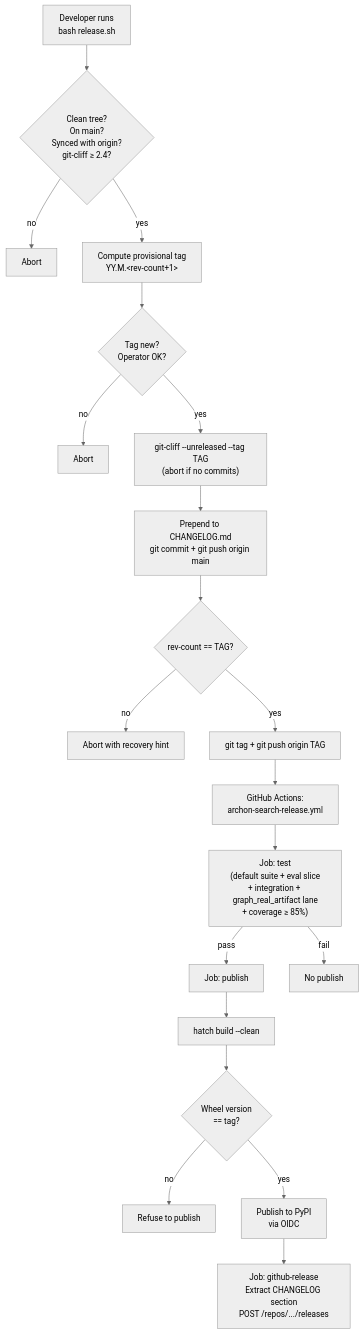
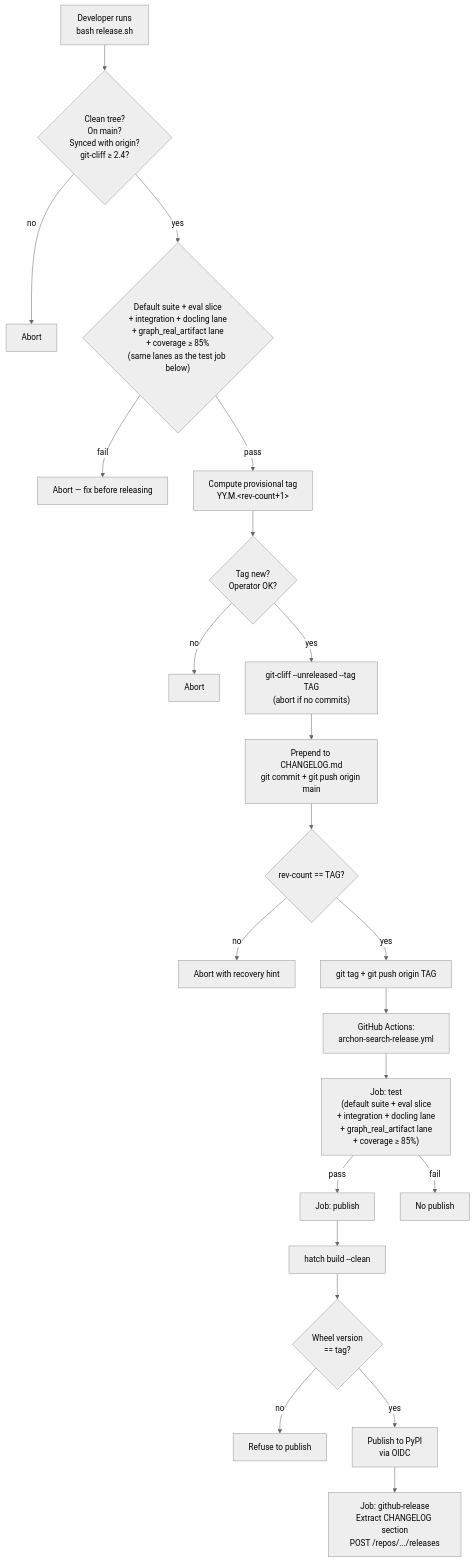
One commit to user538295/archon-search changed the diagram in Documentation/Architecture/510_release_and_environment_strategy.md. Above: the diagram before and after it, drawn with Mermaid (neutral theme). The commit also changed other lines of this file and 2 other files, not shown here.

Commit message:
build(release): run every release-workflow test lane before tagging
release.sh's pre-flight only ran the default `uv run pytest` suite, which
excludes the eval slice, integration suite, docling lane, and
graph_real_artifact lane by marker. archon-search-release.yml's `test` job
gates publish on all five plus a combined coverage >= 85% check, so a lane
broken only there could pass release.sh, get tagged and pushed, and fail
the release afterward — exactly what just happened with the docling lane.

Mirror that job step for step (same markers, same --cov-append/--no-cov
split, same non-vacuity checks against the JUnit output, same coverage
enforcement at the end) so a broken lane fails before the tag is created,
not after it's already on origin. Also fixes a preexisting doc/source drift
in 510_release_and_environment_strategy.md: the `test` job description and
flow diagram omitted the docling lane entirely even though the workflow has
run it for a while.

````diff
--- a/Documentation/Architecture/510_release_and_environment_strategy.md
+++ b/Documentation/Architecture/510_release_and_environment_strategy.md
@@ -93,22 +93,24 @@
 ```mermaid
 flowchart TD
     Dev["Developer runs<br/>bash release.sh"] --> Preflight{"Clean tree?<br/>On main?<br/>Synced with origin?<br/>git-cliff ≥ 2.4?"}
     Preflight -- no --> Fail1[Abort]
-    Preflight -- yes --> Compute["Compute provisional tag<br/>YY.M.&lt;rev-count+1&gt;"]
+    Preflight -- yes --> LocalLanes{"Default suite + eval slice<br/>+ integration + docling lane<br/>+ graph_real_artifact lane<br/>+ coverage ≥ 85%<br/>(same lanes as the test job below)"}
+    LocalLanes -- fail --> Fail1b[Abort — fix before releasing]
+    LocalLanes -- pass --> Compute["Compute provisional tag<br/>YY.M.&lt;rev-count+1&gt;"]
     Compute --> Confirm{Tag new?<br/>Operator OK?}
     Confirm -- no --> Fail2[Abort]
     Confirm -- yes --> Cliff["git-cliff --unreleased --tag TAG<br/>(abort if no commits)"]
     Cliff --> Prepend["Prepend to CHANGELOG.md<br/>git commit + git push origin main"]
     Prepend --> CountCheck{"rev-count == TAG?"}
     CountCheck -- no --> Fail3[Abort with recovery hint]
     CountCheck -- yes --> TagPush[git tag + git push origin TAG]
     TagPush --> GHA["GitHub Actions:<br/>archon-search-release.yml"]
-    GHA --> TestJob["Job: test<br/>(default suite + eval slice<br/>+ integration + graph_real_artifact lane<br/>+ coverage ≥ 85%)"]
+    GHA --> TestJob["Job: test<br/>(default suite + eval slice<br/>+ integration + docling lane<br/>+ graph_real_artifact lane<br/>+ coverage ≥ 85%)"]
     TestJob -- pass --> PublishJob["Job: publish"]
     TestJob -- fail --> Stop[No publish]
     PublishJob --> Build["hatch build --clean"]
     Build --> Verify{"Wheel version<br/>== tag?"}
     Verify -- no --> Refuse[Refuse to publish]
     Verify -- yes --> PyPI["Publish to PyPI<br/>via OIDC"]
     PyPI --> GHRelease["Job: github-release<br/>Extract CHANGELOG section<br/>POST /repos/.../releases"]
 ```
````
